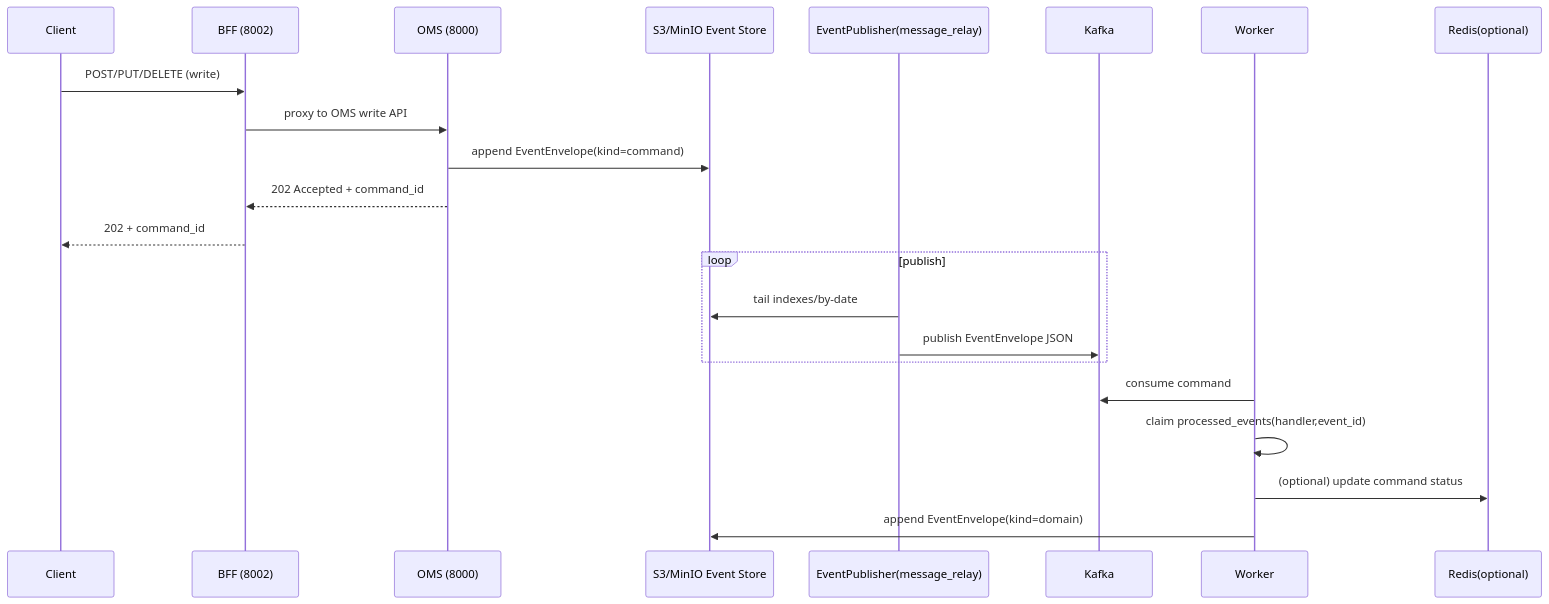
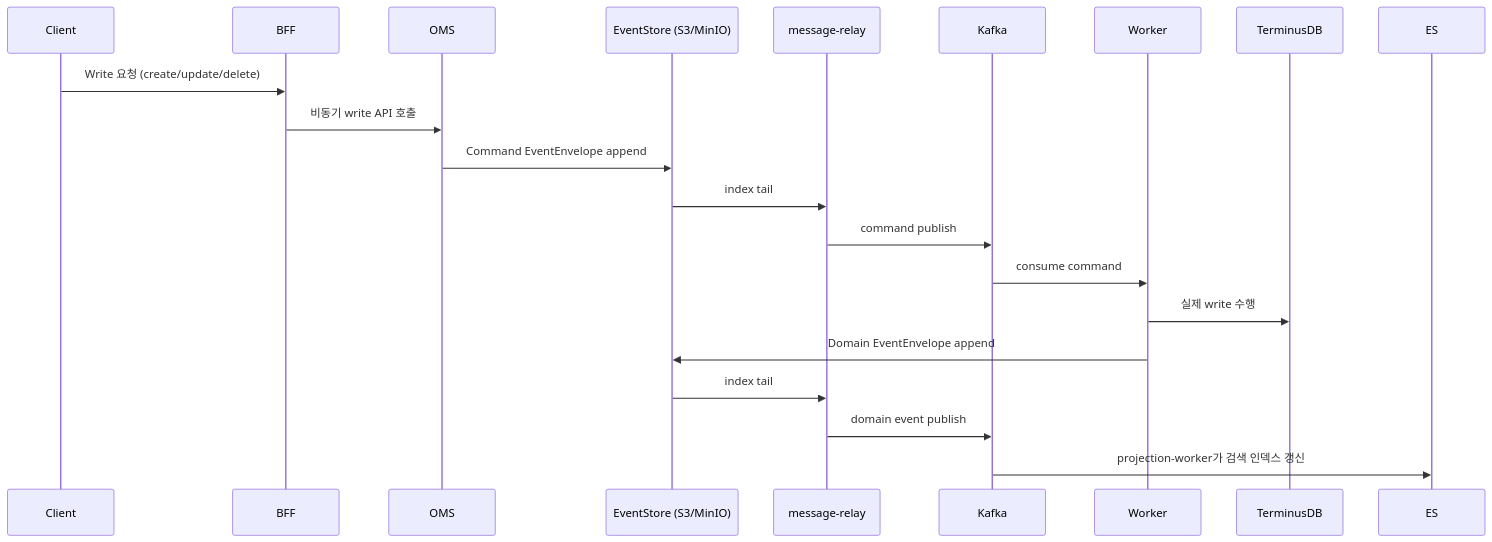
Before and after one commit to ludia8888/SPICE-Harvester: the second of 2 diagrams in docs/ARCHITECTURE.md, drawn with Mermaid. The commit also changed other lines of this file and 8 other files, not shown here.

````diff
--- a/docs/ARCHITECTURE.md
+++ b/docs/ARCHITECTURE.md
@@ -378,27 +95,24 @@
 ```mermaid
 sequenceDiagram
   participant Client
-  participant BFF as BFF (8002)
-  participant OMS as OMS (8000)
-  participant ESStore as S3/MinIO Event Store
-  participant Relay as EventPublisher(message_relay)
+  participant BFF
+  participant OMS
+  participant S3 as EventStore (S3/MinIO)
+  participant Relay as message-relay
   participant Kafka
-  participant Worker as Worker
-  participant Redis as Redis(optional)
+  participant Worker
+  participant TerminusDB
+  participant ES
 
-  Client->>BFF: POST/PUT/DELETE (write)
-  BFF->>OMS: proxy to OMS write API
-  OMS->>ESStore: append EventEnvelope(kind=command)
-  OMS-->>BFF: 202 Accepted + command_id
-  BFF-->>Client: 202 + command_id
-
-  loop publish
-    Relay->>ESStore: tail indexes/by-date
-    Relay->>Kafka: publish EventEnvelope JSON
-  end
-
-  Worker->>Kafka: consume command
-  Worker->>Worker: claim processed_events(handler,event_id)
-  Worker->>Redis: (optional) update command status
-  Worker->>ESStore: append EventEnvelope(kind=domain)
+  Client->>BFF: Write 요청 (create/update/delete)
+  BFF->>OMS: 비동기 write API 호출
+  OMS->>S3: Command EventEnvelope append
+  S3->>Relay: index tail
+  Relay->>Kafka: command publish
+  Kafka->>Worker: consume command
+  Worker->>TerminusDB: 실제 write 수행
+  Worker->>S3: Domain EventEnvelope append
+  S3->>Relay: index tail
+  Relay->>Kafka: domain event publish
+  Kafka->>ES: projection-worker가 검색 인덱스 갱신
 ```
````
